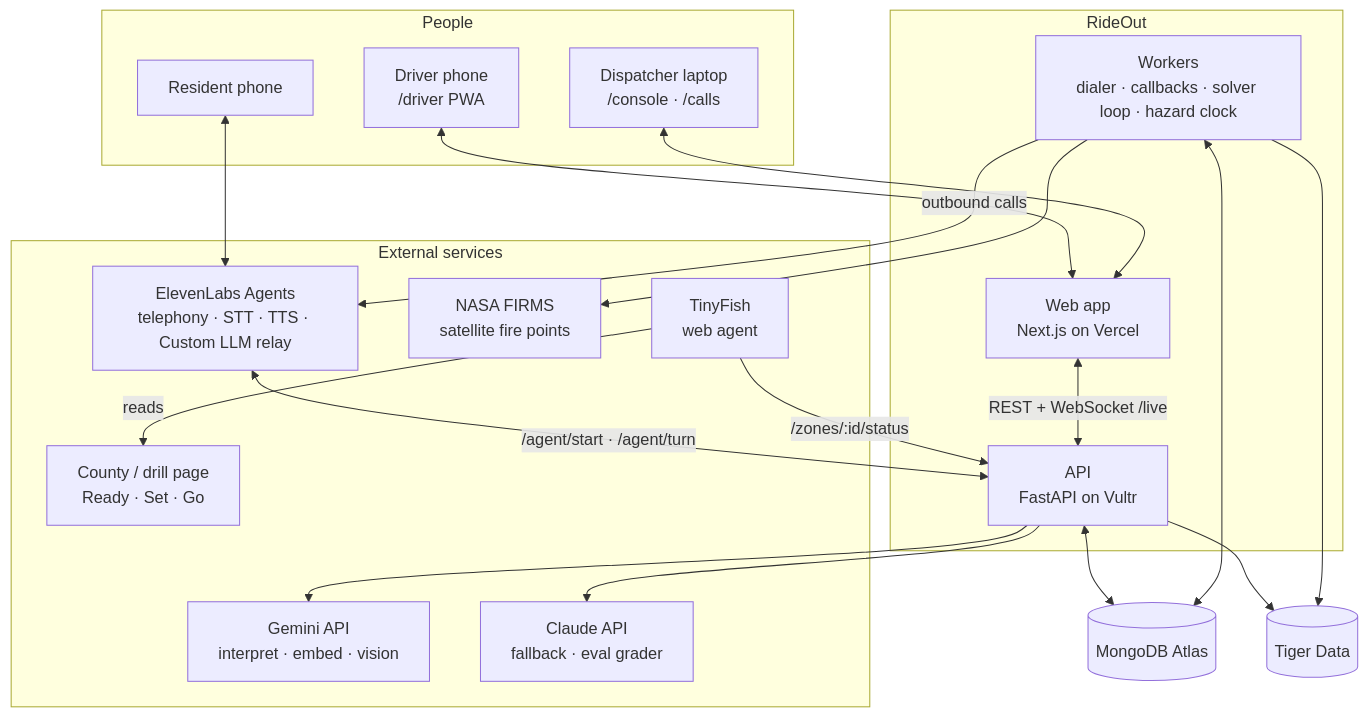
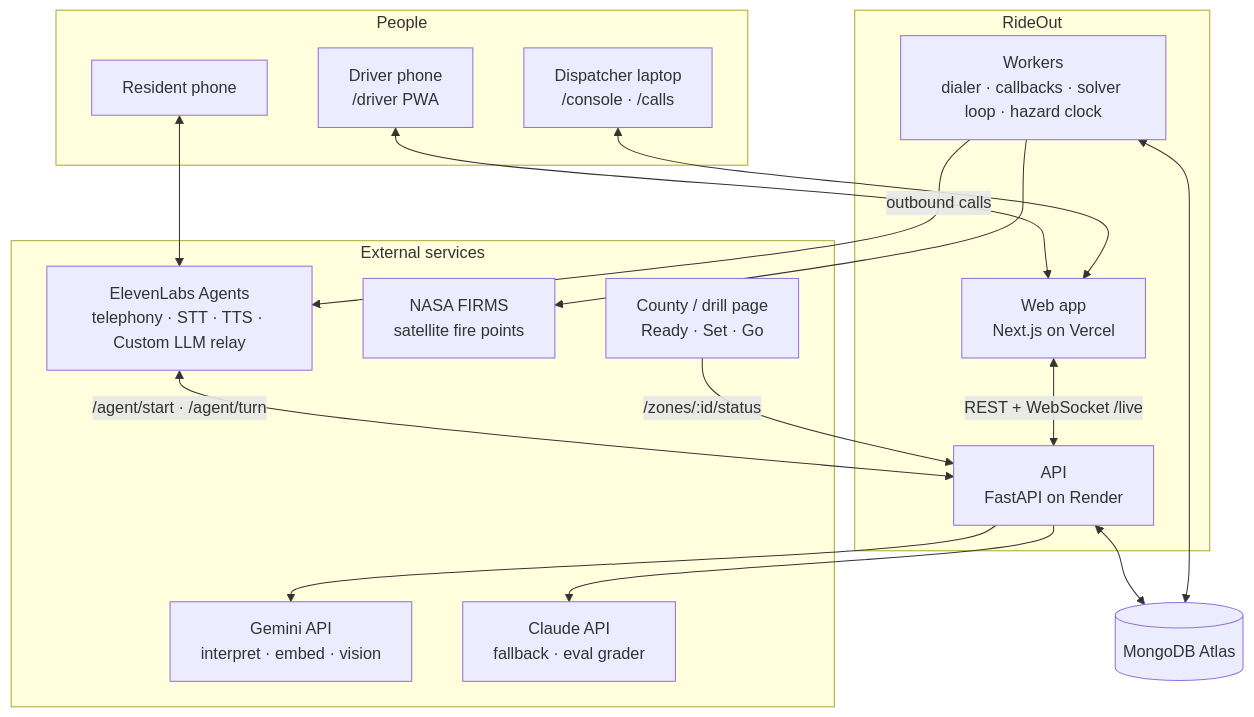
One commit to yashpy/Rideout changed the first of 11 diagrams in docs/ARCHITECTURE.md. Above: the diagram before and after it, drawn with Mermaid. The commit also changed other lines of this file and 41 other files, not shown here.

First line of the commit message:
fix: remove TinyFish, Tiger Data and Vultr

````diff
--- a/docs/ARCHITECTURE.md
+++ b/docs/ARCHITECTURE.md
@@ -47,42 +47,37 @@
 ```mermaid
 flowchart TB
   subgraph People
     R[Resident phone]
     DR["Driver phone<br/>/driver PWA"]
     DS["Dispatcher laptop<br/>/console · /calls"]
   end
 
   subgraph External services
     CL[ElevenLabs Agents<br/>telephony · STT · TTS · Custom LLM relay]
     GM[Gemini API<br/>interpret · embed · vision]
     CA[Claude API<br/>fallback · eval grader]
     FI[NASA FIRMS<br/>satellite fire points]
-    TF[TinyFish<br/>web agent]
     CP[County / drill page<br/>Ready · Set · Go]
   end
 
   subgraph RideOut[RideOut]
     WEB[Web app<br/>Next.js on Vercel]
-    API[API<br/>FastAPI on Vultr]
+    API[API<br/>FastAPI on Render]
     WK[Workers<br/>dialer · callbacks · solver loop · hazard clock]
   end
 
   DB[(MongoDB Atlas)]
-  TS[(Tiger Data)]
 
   R <--> CL
   CL <-->|"/agent/start · /agent/turn"| API
   API --> GM
   API --> CA
   WK --> FI
-  TF -->|reads| CP
-  TF -->|"/zones/:id/status"| API
+  CP -->|"/zones/:id/status"| API
   DR <--> WEB
   DS <--> WEB
   WEB <-->|"REST + WebSocket /live"| API
   API <--> DB
   WK <--> DB
-  API --> TS
-  WK --> TS
   WK -->|outbound calls| CL
 ```
````
